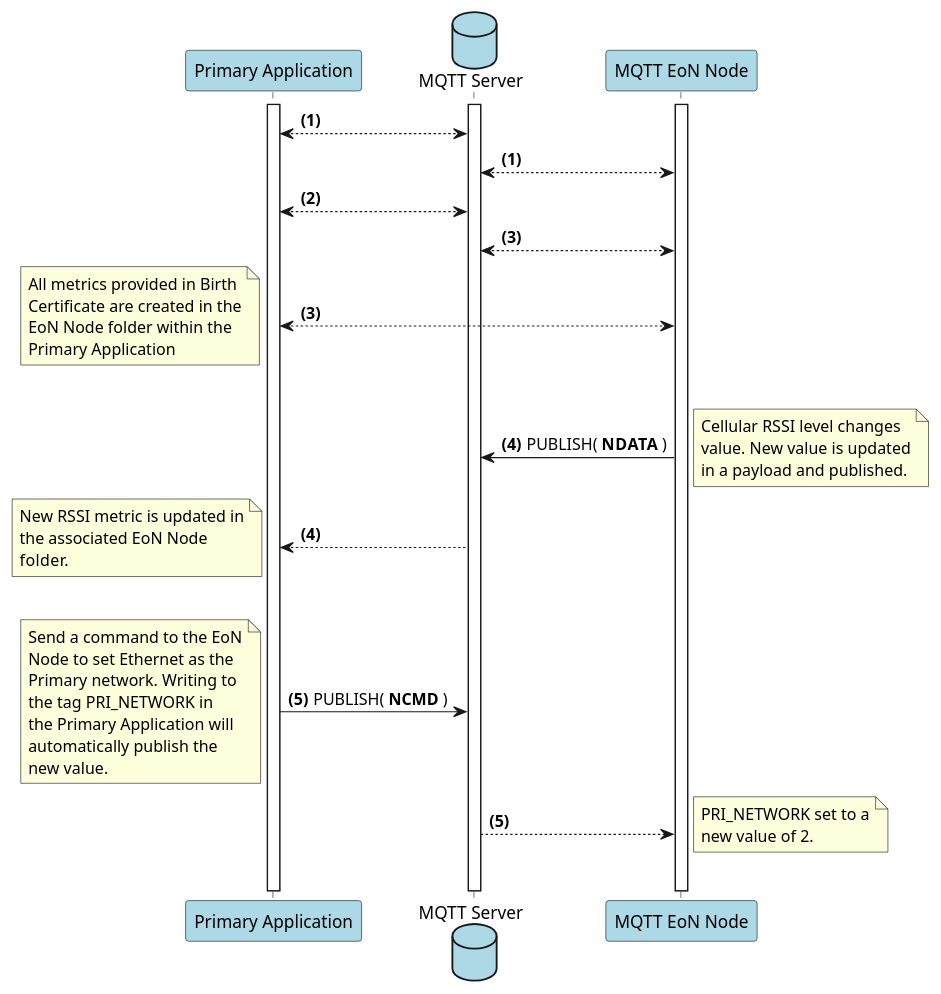
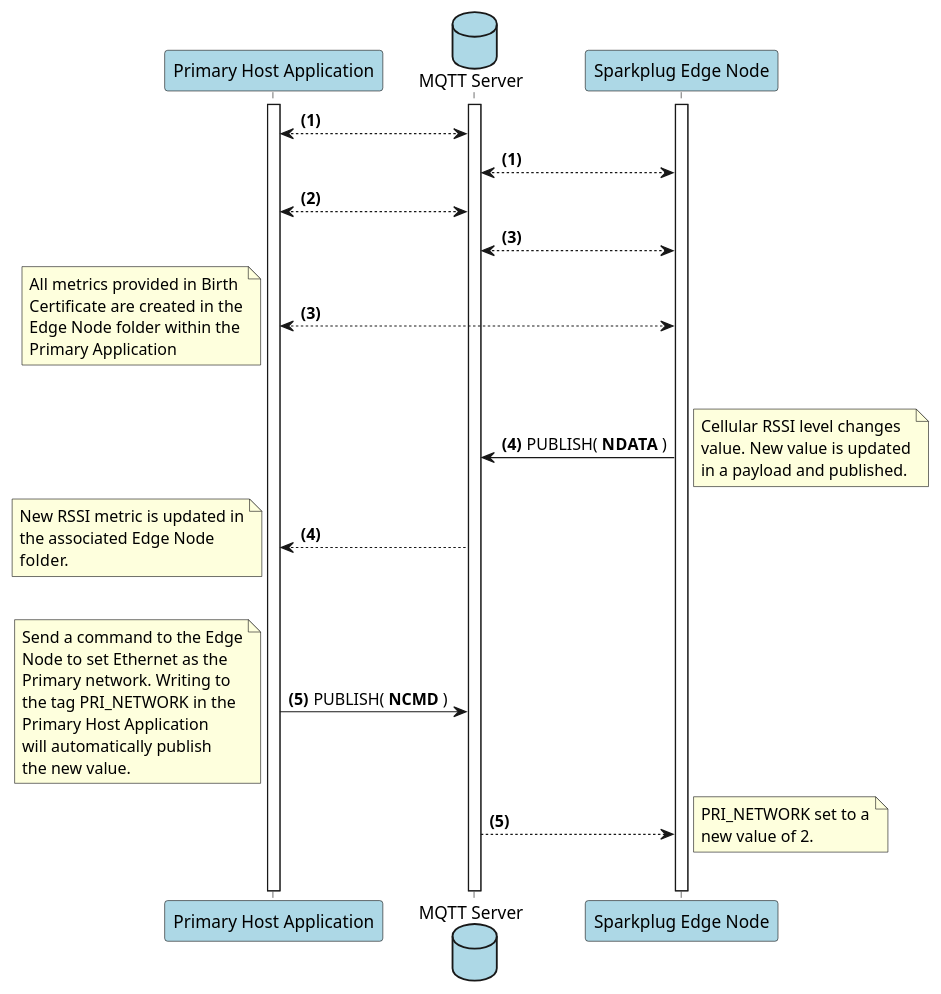
The diagram in specification/src/main/asciidoc/assets/plantuml/edge-node-ndata-and-ncmd-message-flow.puml (eclipse-sparkplug/sparkplug), drawn with PlantUML before and after one commit. The commit also changed 6 other files, not shown here.

```diff
--- a/specification/src/main/asciidoc/assets/plantuml/edge-node-ndata-and-ncmd-message-flow.puml
+++ b/specification/src/main/asciidoc/assets/plantuml/edge-node-ndata-and-ncmd-message-flow.puml
@@ -1,68 +1,68 @@
 @startuml
-participant "Primary Application" as PrimApp #lightblue
+participant "Primary Host Application" as PrimApp #lightblue
 database "MQTT Server" as Server #lightblue
-participant "MQTT EoN Node" as EoN #lightblue
+participant "Sparkplug Edge Node" as EdgeNode #lightblue
 
 activate PrimApp
 activate Server
-activate EoN
+activate EdgeNode
 
 
 autonumber 1 "<b>(#)"
 PrimApp <--> Server
 autonumber 1 "<b>(#)"
-Server <--> EoN
+Server <--> EdgeNode
 
 PrimApp <--> Server
 
 
-Server <--> EoN
+Server <--> EdgeNode
 autonumber 3 "<b>(#)"
-PrimApp <--> EoN
+PrimApp <--> EdgeNode
 note left
 All metrics provided in Birth
 Certificate are created in the
-EoN Node folder within the
+Edge Node folder within the
 Primary Application
 end note
 
 |||
 
-Server <- EoN : PUBLISH( **NDATA** )
+Server <- EdgeNode : PUBLISH( **NDATA** )
 note right
 Cellular RSSI level changes
 value. New value is updated
 in a payload and published.
 end note
 
 autonumber 4 "<b>(#)"
 PrimApp <-- Server
 note left
 New RSSI metric is updated in
-the associated EoN Node
+the associated Edge Node
 folder.
 end note
 
 |||
 
 autonumber 5 "<b>(#)"
 PrimApp -> Server : PUBLISH( **NCMD** )
 note left
-Send a command to the EoN
+Send a command to the Edge
 Node to set Ethernet as the
 Primary network. Writing to
-the tag PRI_NETWORK in
-the Primary Application will
-automatically publish the
-new value.
+the tag PRI_NETWORK in the
+Primary Host Application
+will automatically publish
+the new value.
 end note
 
 autonumber 5 "<b>(#)"
-Server --> EoN
+Server --> EdgeNode
 note right
 PRI_NETWORK set to a
 new value of 2.
 end note
 
 |||
 @enduml
```
